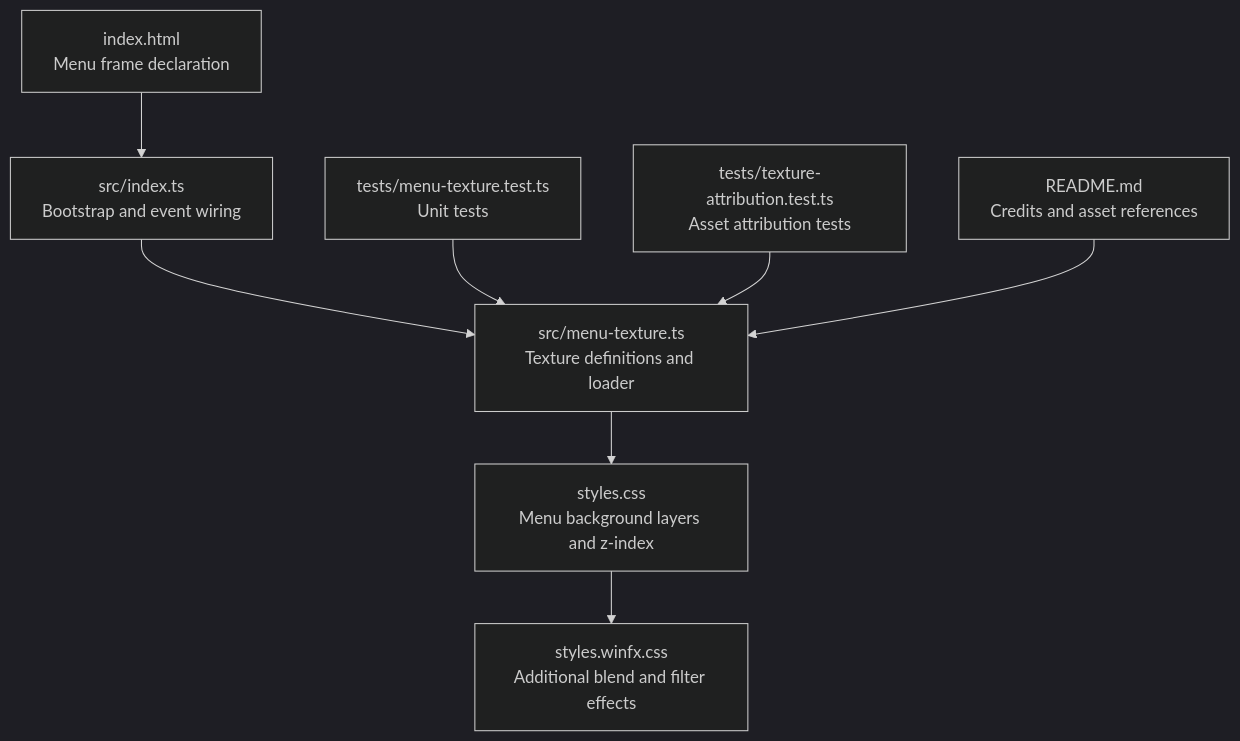
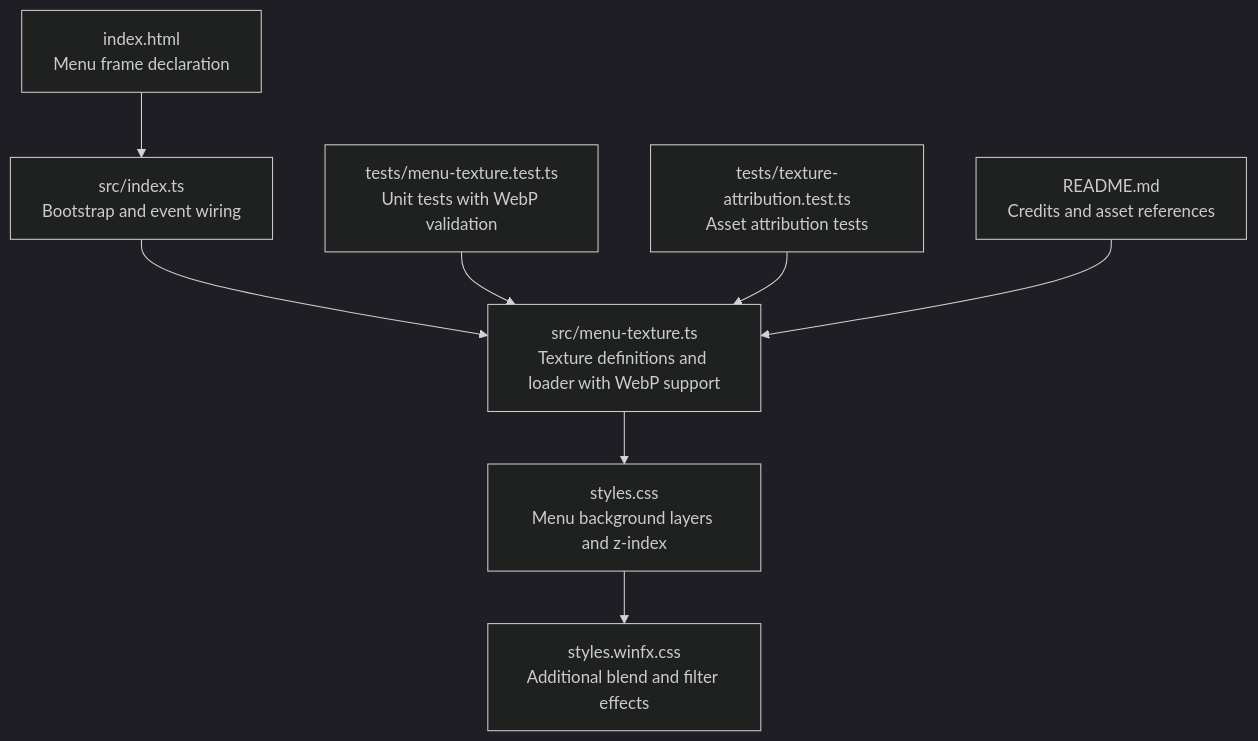
One commit to satyrlord/mb changed the first of 5 diagrams in .qoder/repowiki/en/content/Visual Effects System/Menu Texture Overlay System.md. Above: the diagram before and after it, drawn with Mermaid (dark theme). The commit also changed other lines of this file and 11 other files, not shown here.

````diff
--- a/.qoder/repowiki/en/content/Visual Effects System/Menu Texture Overlay System.md
+++ b/.qoder/repowiki/en/content/Visual Effects System/Menu Texture Overlay System.md
@@ -38,10 +46,10 @@
 ```mermaid
 graph TB
 A["index.html<br/>Menu frame declaration"] --> B["src/index.ts<br/>Bootstrap and event wiring"]
-B --> C["src/menu-texture.ts<br/>Texture definitions and loader"]
+B --> C["src/menu-texture.ts<br/>Texture definitions and loader with WebP support"]
 C --> D["styles.css<br/>Menu background layers and z-index"]
 D --> E["styles.winfx.css<br/>Additional blend and filter effects"]
-F["tests/menu-texture.test.ts<br/>Unit tests"] --> C
+F["tests/menu-texture.test.ts<br/>Unit tests with WebP validation"] --> C
 G["tests/texture-attribution.test.ts<br/>Asset attribution tests"] --> C
 H["README.md<br/>Credits and asset references"] --> C
 ```
````
